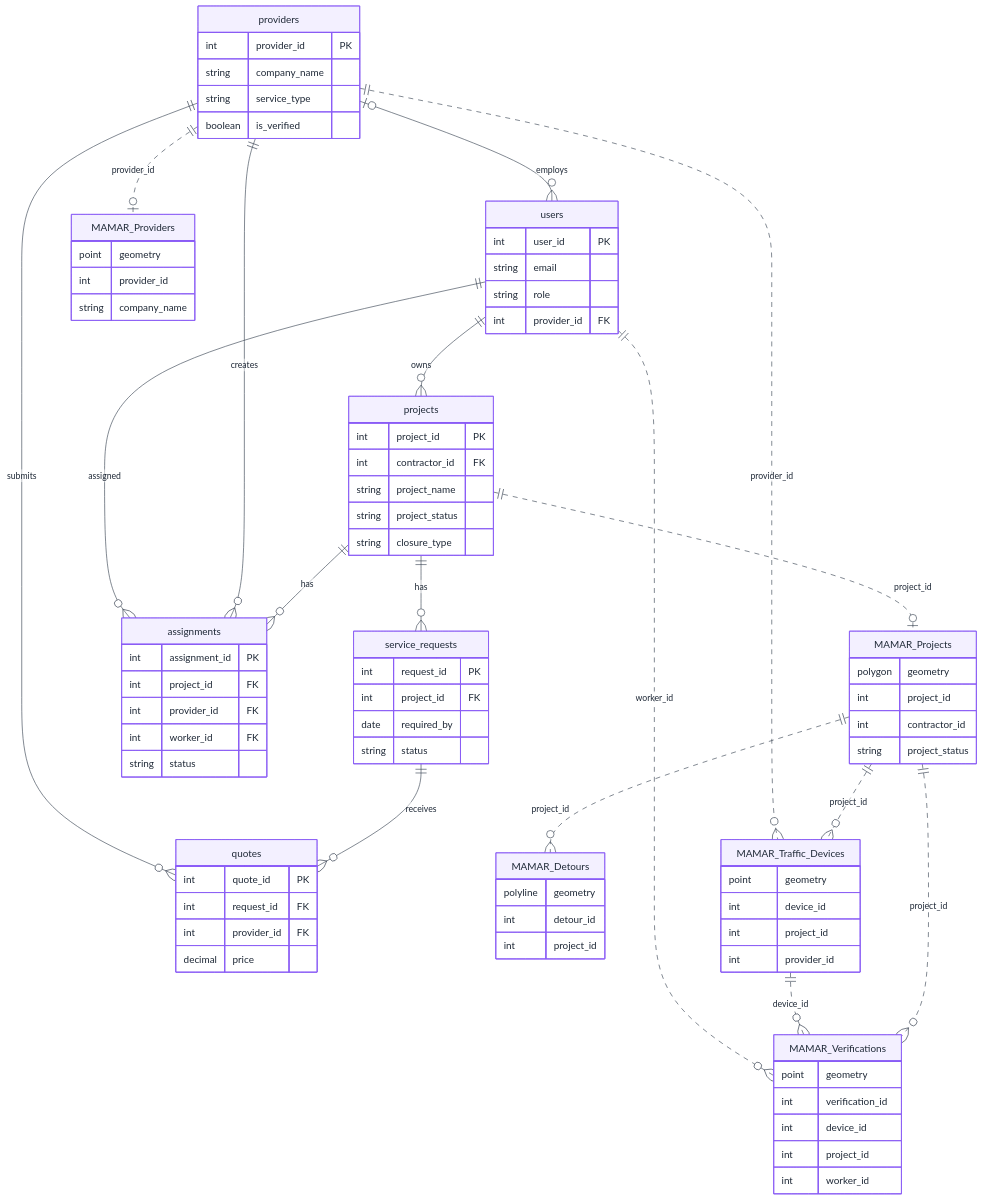
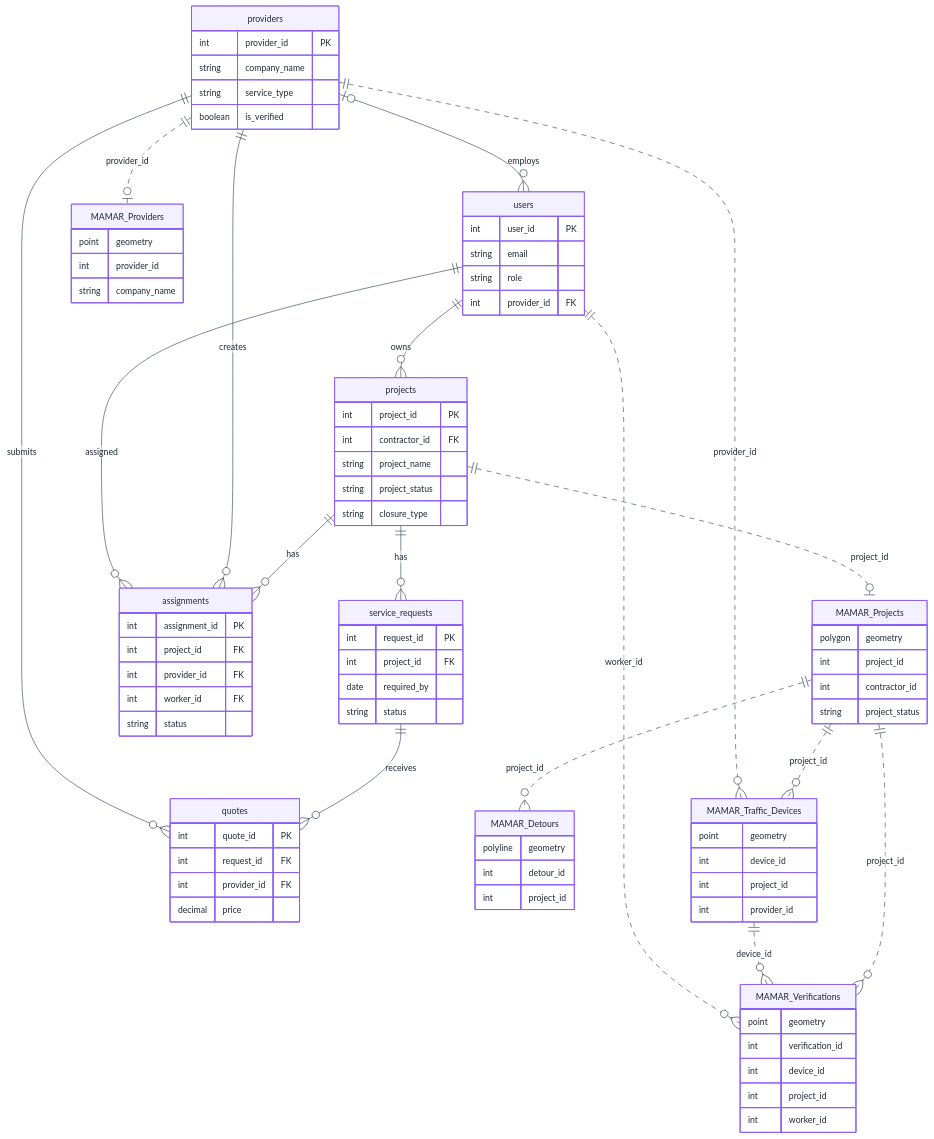
One commit to janaalhazmi/MAMAR changed the third of 6 diagrams in Stage 3: Technical Documentation/README.md. Above: the diagram before and after it, drawn with Mermaid. The commit also changed other lines of this file, not shown here.

Commit message:
Polish and standardize Stage 3 Mermaid diagrams

````diff
--- a/Stage 3: Technical Documentation/README.md
+++ b/Stage 3: Technical Documentation/README.md
@@ -428,5 +424,5 @@
 ```mermaid
-%%{init: {"theme":"base","themeVariables":{"background":"#FFFFFF","primaryColor":"#F3F0FF","primaryTextColor":"#1F2937","primaryBorderColor":"#8B5CF6","lineColor":"#374151","secondaryColor":"#F3F0FF","tertiaryColor":"#FFFFFF","actorBkg":"#F3F0FF","actorBorder":"#8B5CF6","actorTextColor":"#1F2937","signalColor":"#374151","signalTextColor":"#1F2937","labelBoxBkgColor":"#F3F0FF","labelBoxBorderColor":"#8B5CF6","noteBkgColor":"#F3F0FF","noteBorderColor":"#8B5CF6","fontFamily":"Arial, sans-serif","fontSize":"16px"}}}%%
+%%{init: {"theme": "base", "themeVariables": {"background": "#FFFFFF", "primaryColor": "#F3F0FF", "primaryTextColor": "#1F2937", "primaryBorderColor": "#8B5CF6", "lineColor": "#374151", "secondaryColor": "#F3F0FF", "tertiaryColor": "#FFFFFF", "actorBkg": "#F3F0FF", "actorBorder": "#8B5CF6", "actorTextColor": "#1F2937", "signalColor": "#374151", "signalTextColor": "#1F2937", "labelBoxBkgColor": "#F3F0FF", "labelBoxBorderColor": "#8B5CF6", "noteBkgColor": "#F3F0FF", "noteBorderColor": "#8B5CF6", "fontFamily": "Arial", "fontSize": "14px"}}}%%
 erDiagram
     providers |o--o{ users : employs
     users ||--o{ projects : owns
````
